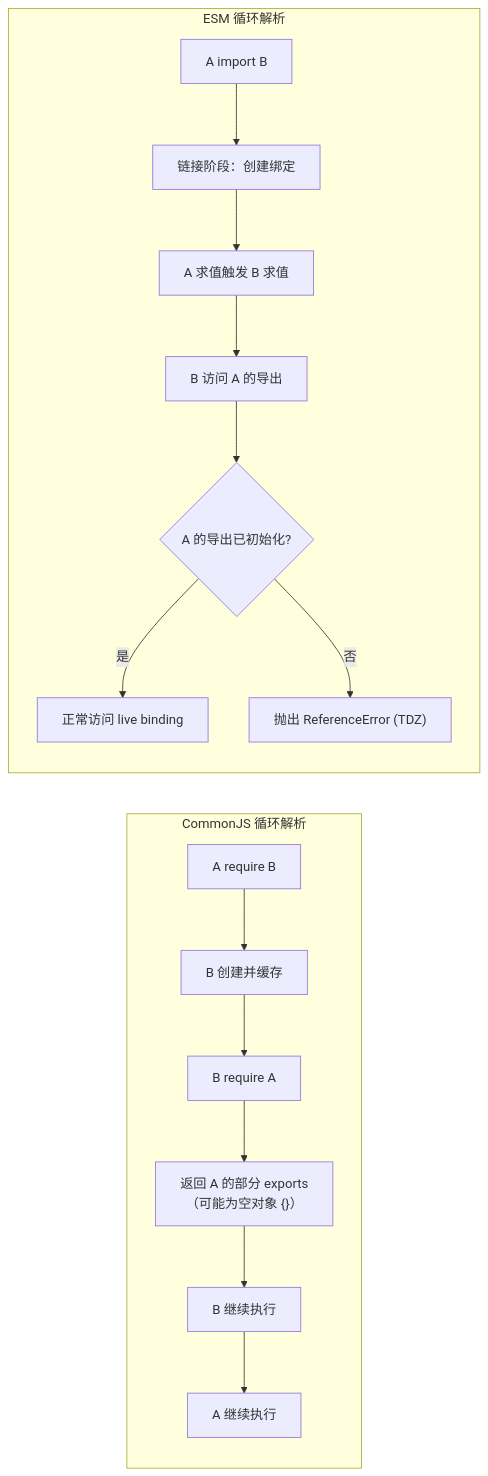
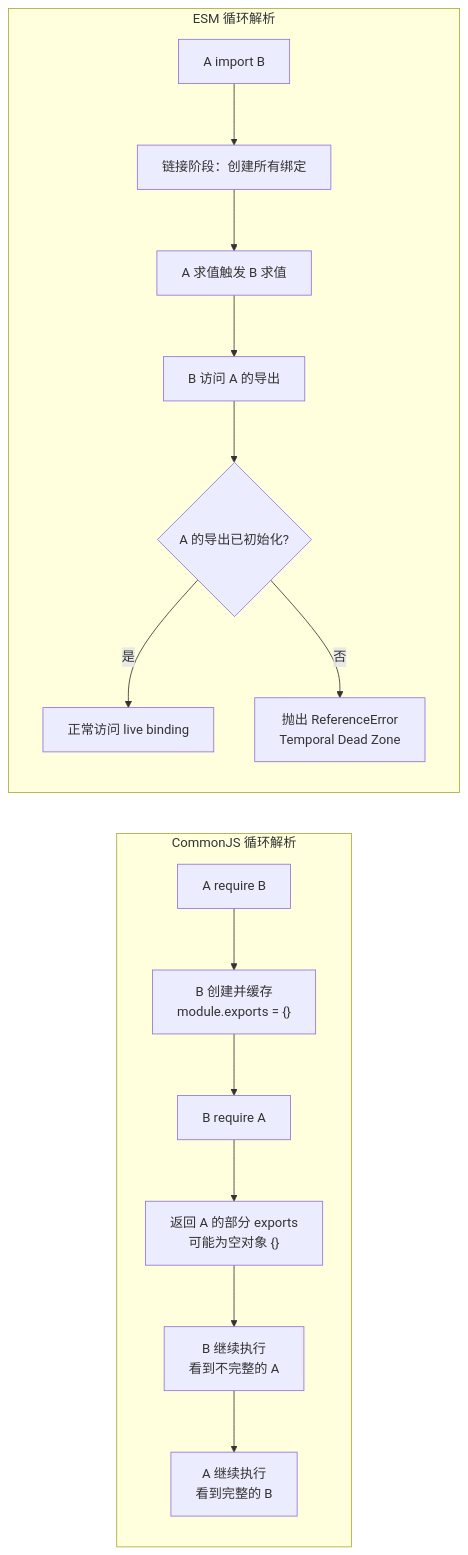
One commit to AdaMartin18010/JavaScriptTypeScript changed the sixth of 6 diagrams in 10-fundamentals/10.4-module-system/code-examples/06-cyclic-dependencies.md. Above: the diagram before and after it, drawn with Mermaid. The commit also changed other lines of this file and 217 other files, not shown here.

````diff
--- a/10-fundamentals/10.4-module-system/code-examples/06-cyclic-dependencies.md
+++ b/10-fundamentals/10.4-module-system/code-examples/06-cyclic-dependencies.md
@@ -374,19 +1255,19 @@
 ```mermaid
 graph LR
     subgraph CJS["CommonJS 循环解析"]
-        C1["A require B"] --> C2["B 创建并缓存"]
+        C1["A require B"] --> C2["B 创建并缓存<br/>module.exports = {}"]
         C2 --> C3["B require A"]
-        C3 --> C4["返回 A 的部分 exports<br/>（可能为空对象 {}）"]
-        C4 --> C5["B 继续执行"]
-        C5 --> C6["A 继续执行"]
+        C3 --> C4["返回 A 的部分 exports<br/>可能为空对象 {}"]
+        C4 --> C5["B 继续执行<br/>看到不完整的 A"]
+        C5 --> C6["A 继续执行<br/>看到完整的 B"]
     end
 
     subgraph ESM["ESM 循环解析"]
-        E1["A import B"] --> E2["链接阶段：创建绑定"]
+        E1["A import B"] --> E2["链接阶段：创建所有绑定"]
         E2 --> E3["A 求值触发 B 求值"]
         E3 --> E4["B 访问 A 的导出"]
         E4 --> E5{"A 的导出已初始化?"}
         E5 -->|是| E6["正常访问 live binding"]
-        E5 -->|否| E7["抛出 ReferenceError (TDZ)"]
+        E5 -->|否| E7["抛出 ReferenceError<br/>Temporal Dead Zone"]
     end
 ```
````
